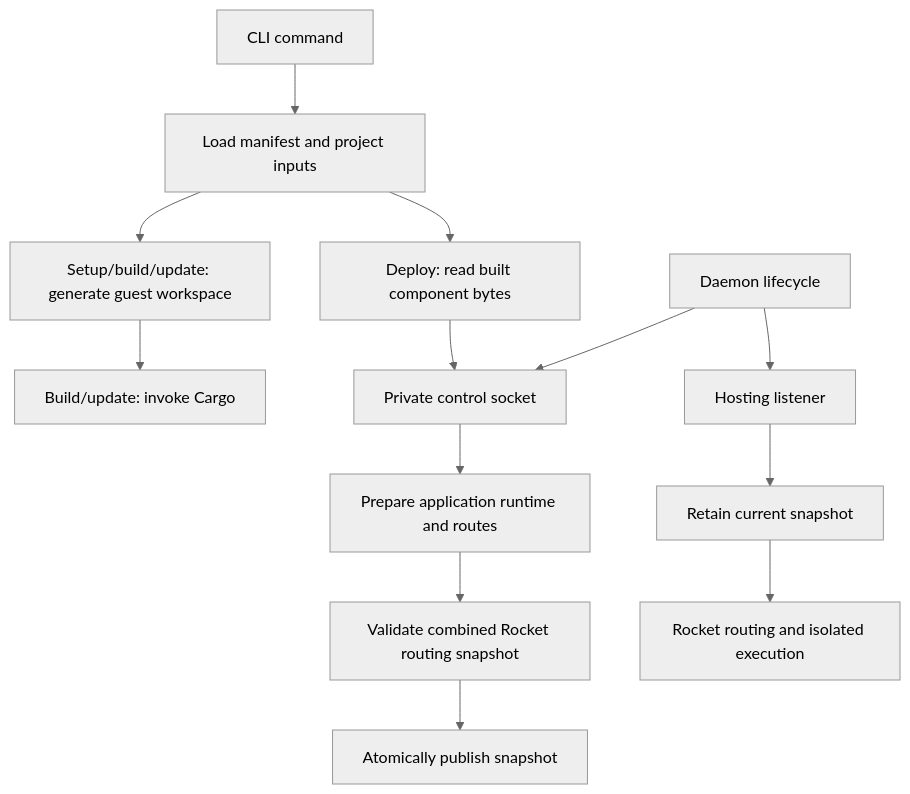
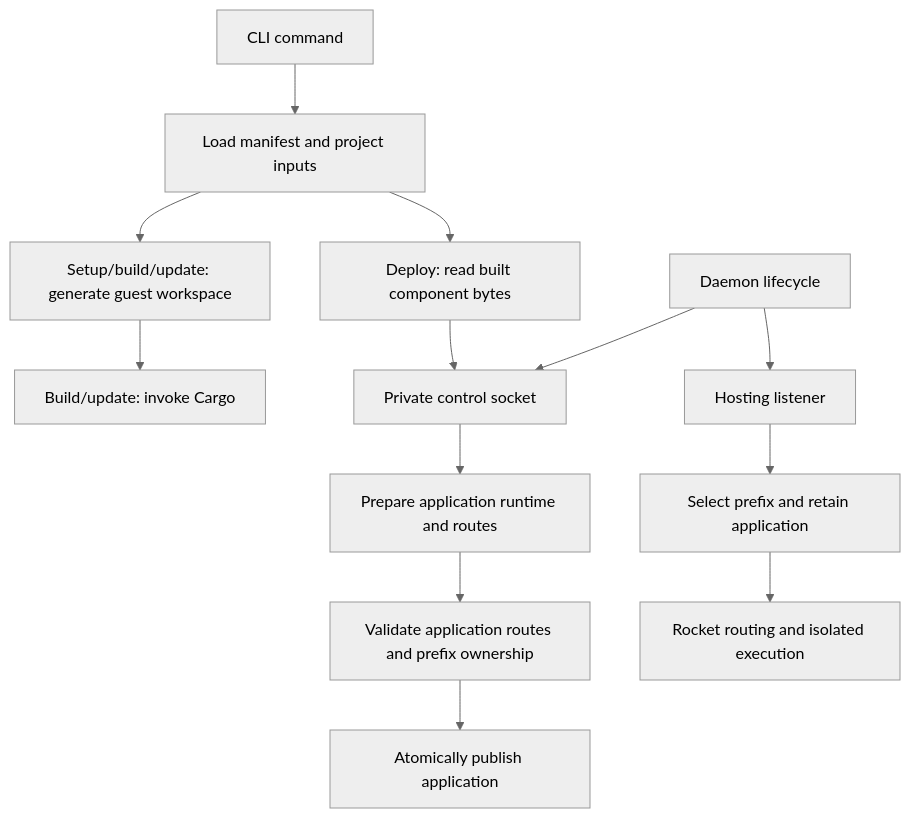
Before and after one commit to benjamin-wright/wasm-runner: the diagram in ARCHITECTURE.md, drawn with Mermaid (neutral theme). The commit also changed other lines of this file and 24 other files, not shown here.

````diff
--- a/ARCHITECTURE.md
+++ b/ARCHITECTURE.md
@@ -37,15 +37,15 @@
 ```mermaid
 flowchart TD
     CLI[CLI command] --> Project[Load manifest and project inputs]
     Project --> Generate[Setup/build/update: generate guest workspace]
     Generate --> Cargo[Build/update: invoke Cargo]
     Project --> Package[Deploy: read built component bytes]
     Package --> Control[Private control socket]
     Control --> Prepare[Prepare application runtime and routes]
-    Prepare --> Validate[Validate combined Rocket routing snapshot]
-    Validate --> Publish[Atomically publish snapshot]
-    HTTP[Hosting listener] --> Snapshot[Retain current snapshot]
+    Prepare --> Validate[Validate application routes and prefix ownership]
+    Validate --> Publish[Atomically publish application]
+    HTTP[Hosting listener] --> Snapshot[Select prefix and retain application]
     Snapshot --> Dispatch[Rocket routing and isolated execution]
     Daemon[Daemon lifecycle] --> HTTP
     Daemon --> Control
 ```
````
